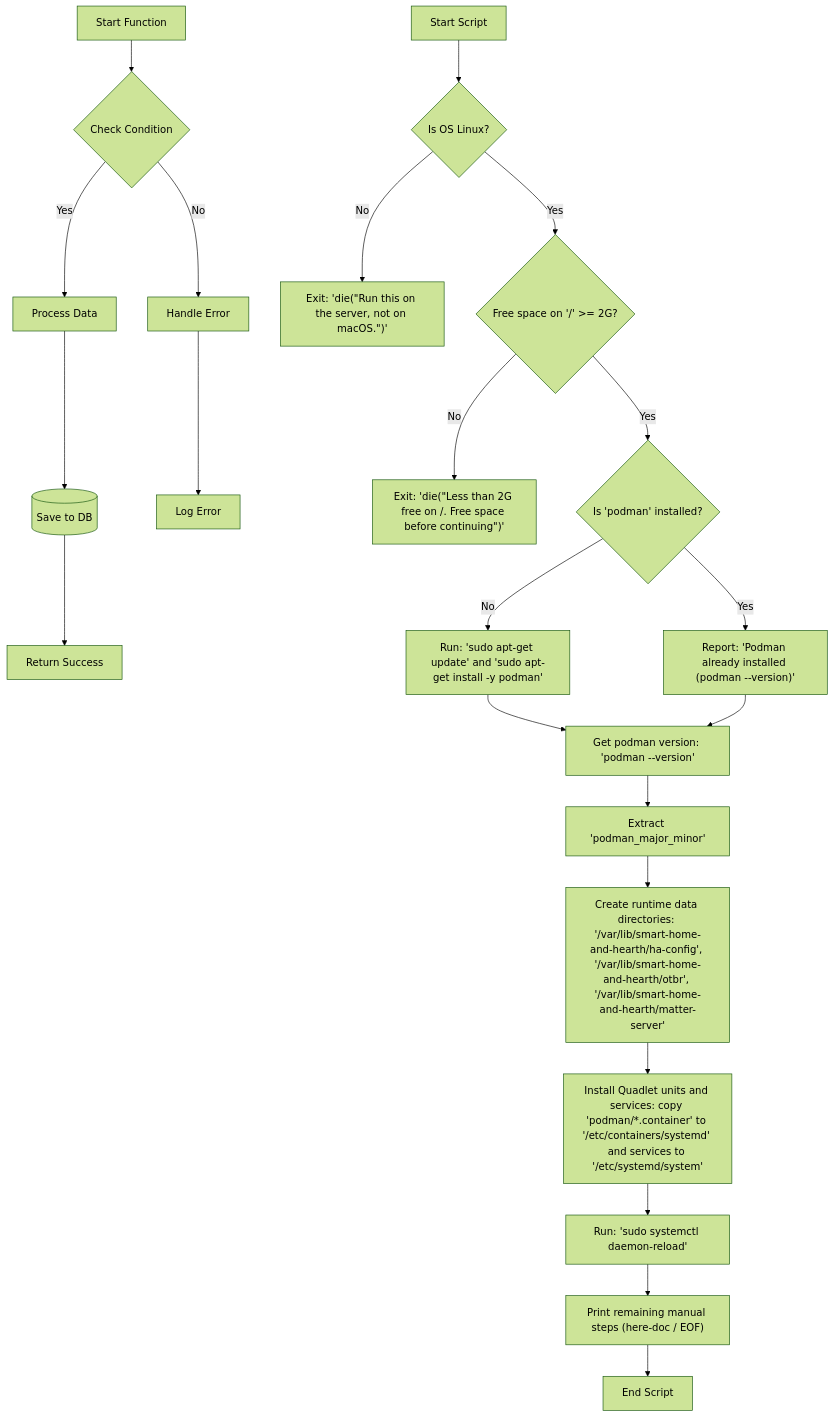
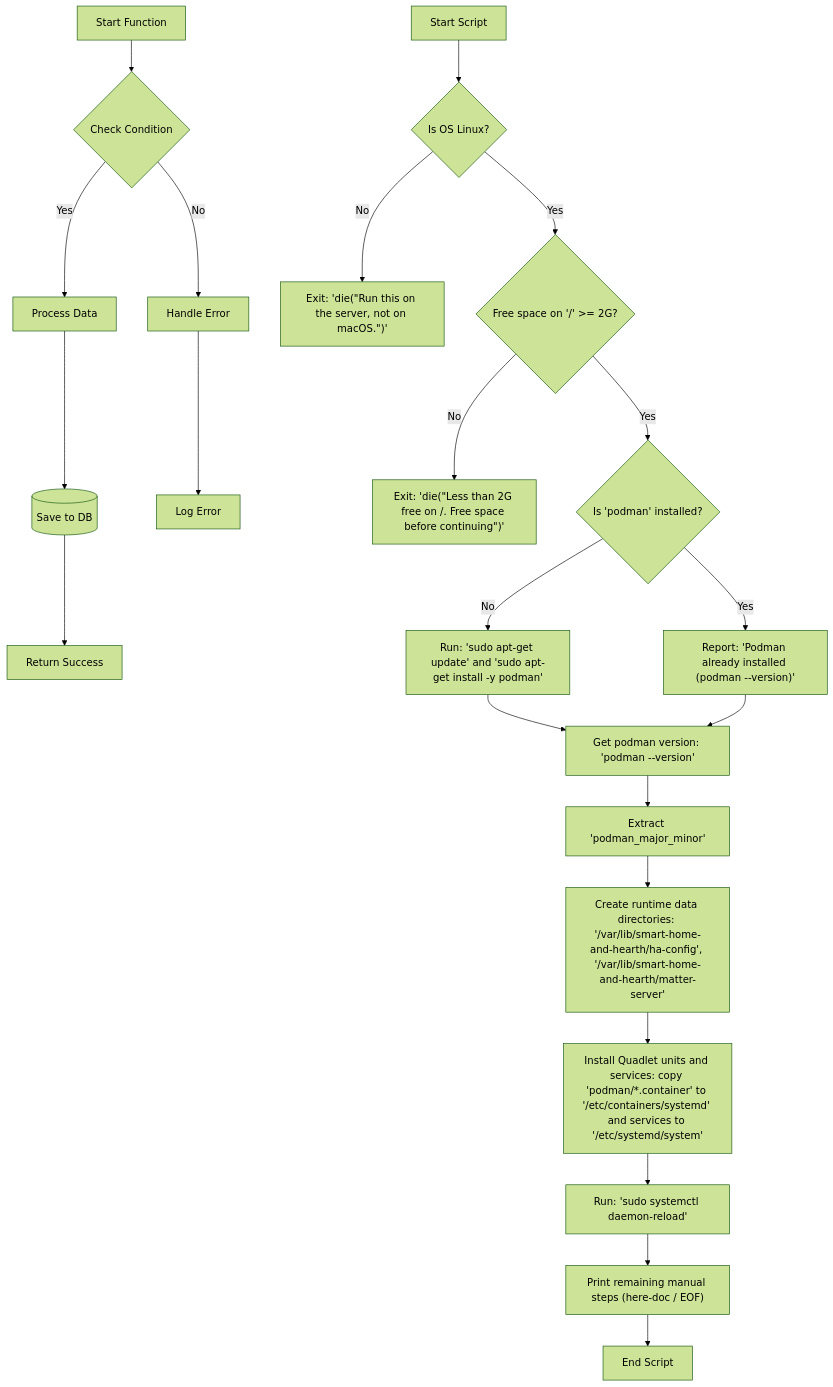
One commit to OscarAlmgren/smart-home-and-hearth changed the diagram in Start Podman Mermaid flow.mmd. Above: the diagram before and after it, drawn with Mermaid (forest theme). The commit also changed 14 other files, not shown here.

```diff
--- a/Start Podman Mermaid flow.mmd
+++ b/Start Podman Mermaid flow.mmd
@@ -1,28 +1,28 @@
 ---
 references:
   - "File: /scripts/bootstrap-podman.sh"
 generationTime: 2026-08-25T08:30:31.415Z
 ---
 flowchart TD
     A["Start Function"] --> B{Check Condition}
     B -->|Yes| C["Process Data"]
     B -->|No| D["Handle Error"]
     C --> E[(Save to DB)]
     E --> F["Return Success"]
     D --> G["Log Error"]
 
     S["Start Script"] --> OS{"Is OS Linux?"}
     OS -->|No| ErrorDie["Exit: 'die(&quot;Run this on the server, not on macOS.&quot;)'"]
     OS -->|Yes| DC{"Free space on '/' >= 2G?"}
     DC -->|No| DiskDie["Exit: 'die(&quot;Less than 2G free on /. Free space before continuing&quot;)'"]
     DC -->|Yes| P{"Is 'podman' installed?"}
     P -->|No| InstallPodman["Run: 'sudo apt-get update' and 'sudo apt-get install -y podman'"]
     P -->|Yes| PodmanAlready["Report: 'Podman already installed (podman --version)'"]
     InstallPodman --> PodmanVersion["Get podman version: 'podman --version'"]
     PodmanAlready --> PodmanVersion
     PodmanVersion --> PodmanMajorMinor["Extract 'podman_major_minor'"]
-    PodmanMajorMinor --> CreateDirs["Create runtime data directories: '/var/lib/smart-home-and-hearth/ha-config', '/var/lib/smart-home-and-hearth/otbr', '/var/lib/smart-home-and-hearth/matter-server'"]
+    PodmanMajorMinor --> CreateDirs["Create runtime data directories: '/var/lib/smart-home-and-hearth/ha-config', '/var/lib/smart-home-and-hearth/matter-server'"]
     CreateDirs --> InstallUnits["Install Quadlet units and services: copy 'podman/*.container' to '/etc/containers/systemd' and services to '/etc/systemd/system'"]
     InstallUnits --> SystemctlReload["Run: 'sudo systemctl daemon-reload'"]
     SystemctlReload --> EOFOutput["Print remaining manual steps (here-doc / EOF)"]
     EOFOutput --> End["End Script"]
```
